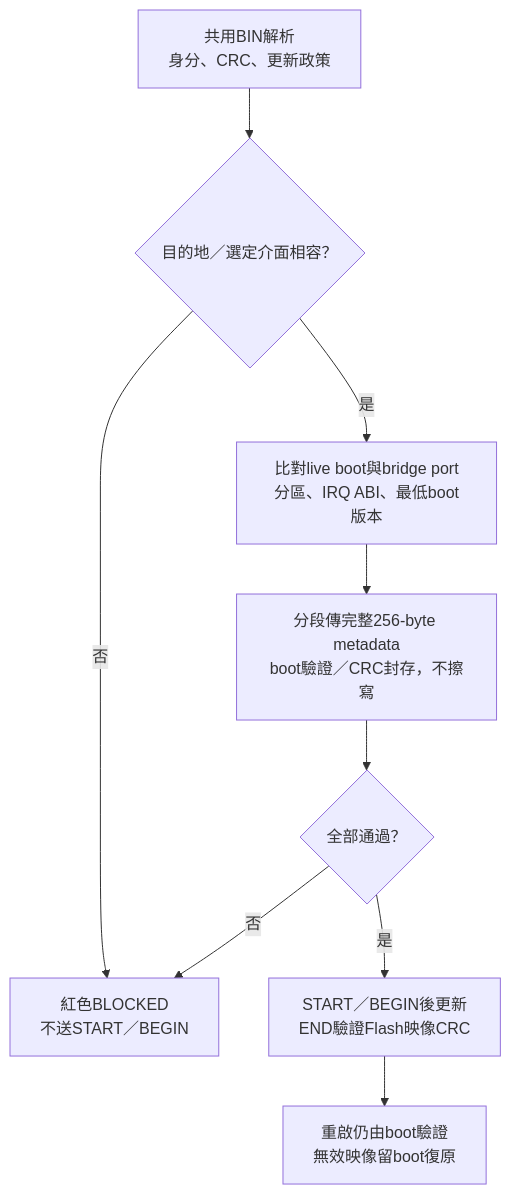
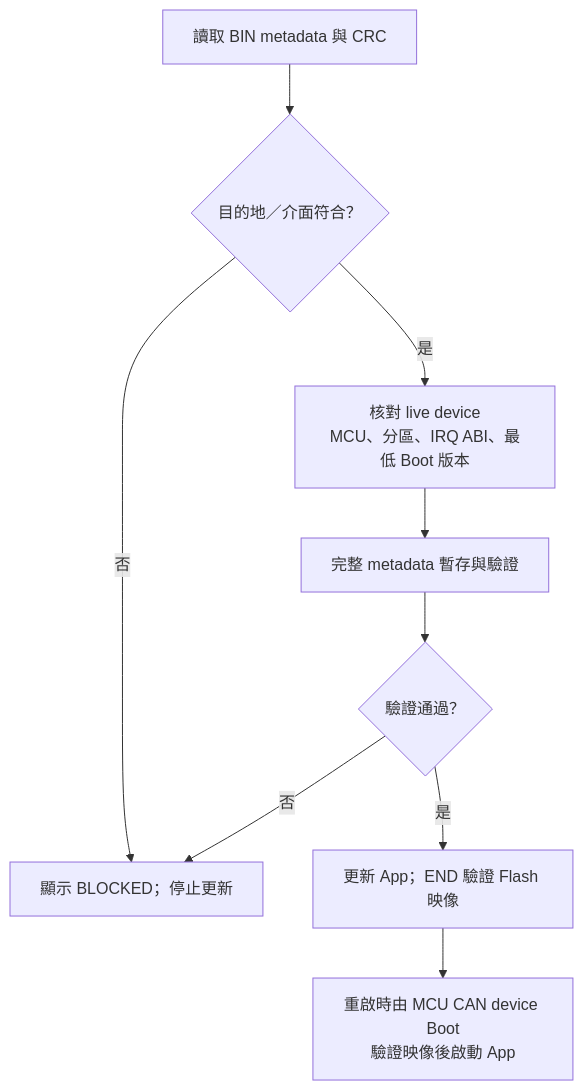
Diagram 14 of 14 in index.md (released/slide_isp_tool_for_RL78), drawn with Mermaid before and after one commit. The commit also changed other lines of this file and 2 other files, not shown here.

````diff
--- a/index.md
+++ b/index.md
@@ -1537,11 +694,11 @@
 ```mermaid
 flowchart TD
-    BIN["共用BIN解析<br/>身分、CRC、更新政策"] --> ROUTE{"目的地／選定介面相容？"}
-    ROUTE -->|"否"| STOP["紅色BLOCKED<br/>不送START／BEGIN"]
-    ROUTE -->|"是"| LIVE["比對live boot與bridge port<br/>分區、IRQ ABI、最低boot版本"]
-    LIVE --> META["分段傳完整256-byte metadata<br/>boot驗證／CRC封存，不擦寫"]
-    META --> VALID{"全部通過？"}
-    VALID -->|"否"| STOP
-    VALID -->|"是"| WRITE["START／BEGIN後更新<br/>END驗證Flash映像CRC"]
-    WRITE --> BOOT["重啟仍由boot驗證<br/>無效映像留boot復原"]
+    BIN["讀取 BIN metadata 與 CRC"] --> ROUTE{"目的地／介面符合？"}
+    ROUTE -->|否| STOP["顯示 BLOCKED；停止更新"]
+    ROUTE -->|是| LIVE["核對 live device<br/>MCU、分區、IRQ ABI、最低 Boot 版本"]
+    LIVE --> META["完整 metadata 暫存與驗證"]
+    META --> VALID{"驗證通過？"}
+    VALID -->|否| STOP
+    VALID -->|是| WRITE["更新 App；END 驗證 Flash 映像"]
+    WRITE --> BOOT["重啟時由 MCU CAN device Boot<br/>驗證映像後啟動 App"]
 ```
````
